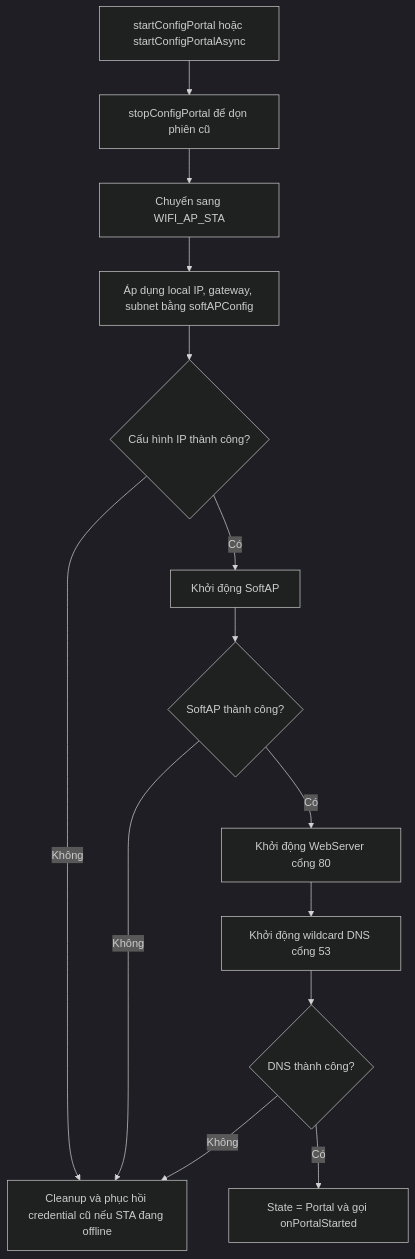
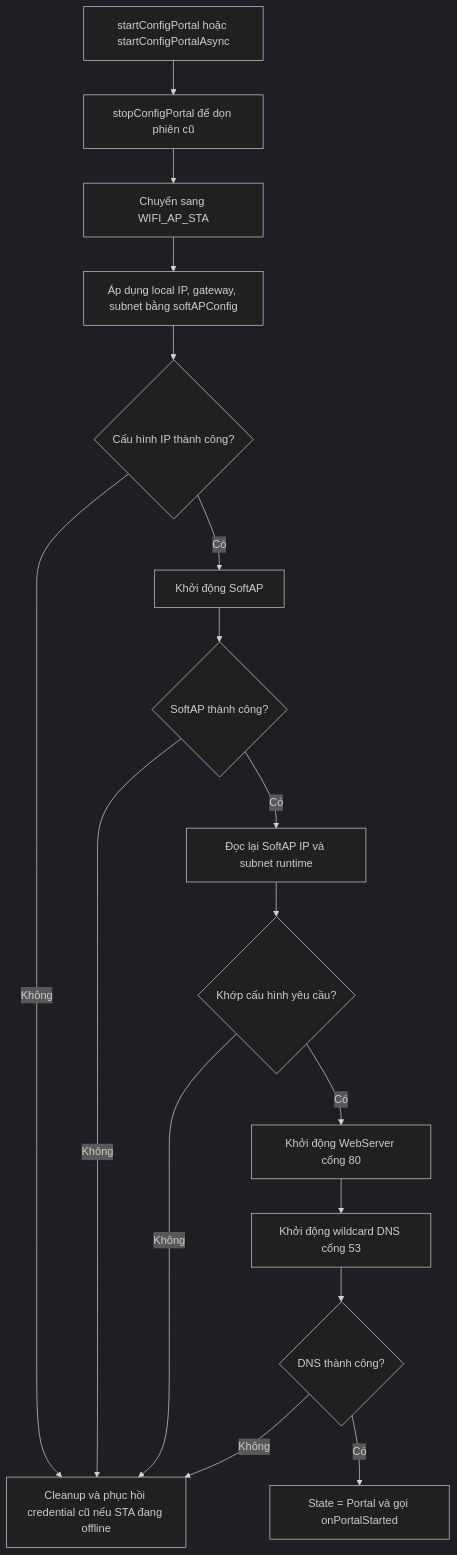
Before and after one commit to NguyenHien-8/ESP32WiFiPortal: the third of 8 diagrams in docs/FlowChart.md, drawn with Mermaid (dark theme). The commit also changed other lines of this file and 8 other files, not shown here.

````diff
--- a/docs/FlowChart.md
+++ b/docs/FlowChart.md
@@ -56,16 +56,19 @@
 ```mermaid
 flowchart TD
     A[startConfigPortal hoặc startConfigPortalAsync] --> B[stopConfigPortal để dọn phiên cũ]
     B --> C[Chuyển sang WIFI_AP_STA]
     C --> D[Áp dụng local IP, gateway, subnet bằng softAPConfig]
     D --> E{Cấu hình IP thành công?}
     E -- Không --> X[Cleanup và phục hồi credential cũ nếu STA đang offline]
     E -- Có --> F[Khởi động SoftAP]
     F --> G{SoftAP thành công?}
     G -- Không --> X
-    G -- Có --> H[Khởi động WebServer cổng 80]
-    H --> I[Khởi động wildcard DNS cổng 53]
-    I --> J{DNS thành công?}
-    J -- Không --> X
-    J -- Có --> K[State = Portal và gọi onPortalStarted]
+    G -- Có --> H[Đọc lại SoftAP IP và subnet runtime]
+    H --> I{Khớp cấu hình yêu cầu?}
+    I -- Không --> X
+    I -- Có --> J[Khởi động WebServer cổng 80]
+    J --> K[Khởi động wildcard DNS cổng 53]
+    K --> L{DNS thành công?}
+    L -- Không --> X
+    L -- Có --> M[State = Portal và gọi onPortalStarted]
 ```
````
